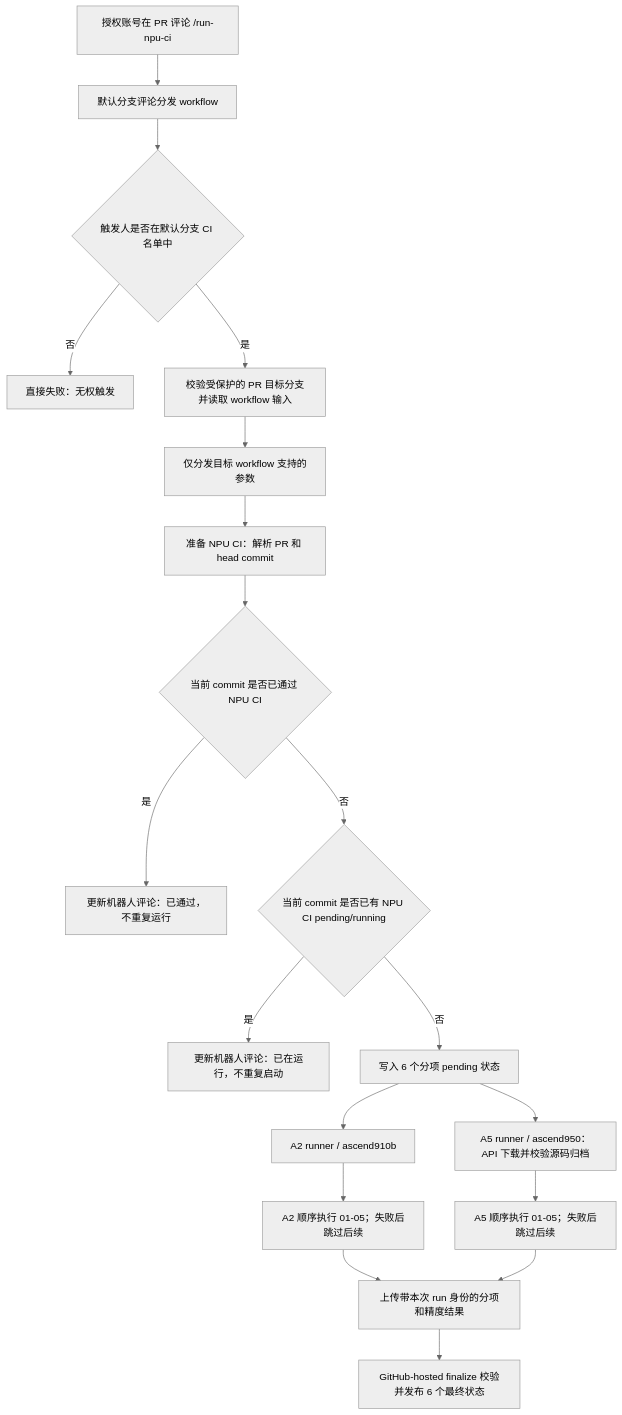
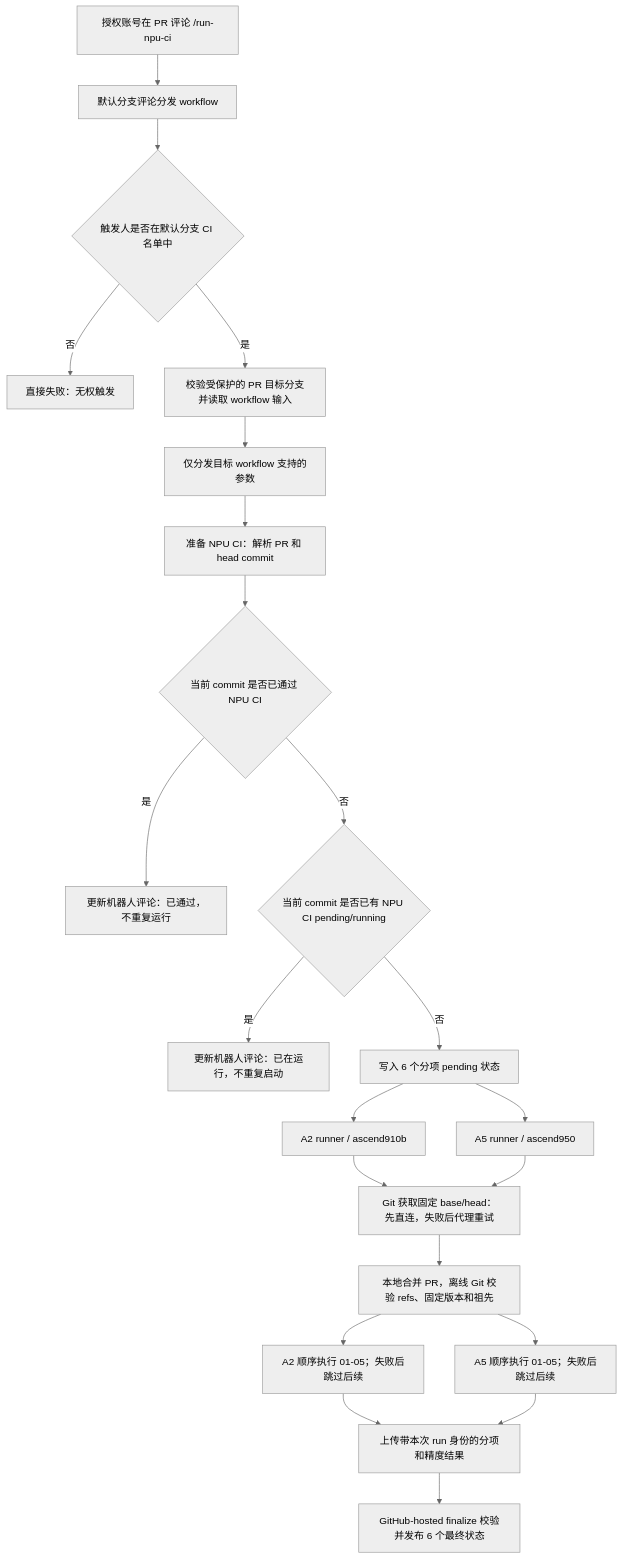
Before and after one commit to flashserve/flash-linear-attention-npu: the second of 4 diagrams in docs/Fla-npu仓CI部署教程.md, drawn with Mermaid (neutral theme). The commit also changed other lines of this file and 7 other files, not shown here.

````diff
--- a/docs/Fla-npu仓CI部署教程.md
+++ b/docs/Fla-npu仓CI部署教程.md
@@ -103,21 +99,24 @@
 ```mermaid
 flowchart TD
     A["授权账号在 PR 评论 /run-npu-ci"] --> B["默认分支评论分发 workflow"]
     B --> C{"触发人是否在默认分支 CI 名单中"}
     C -- "否" --> D["直接失败：无权触发"]
     C -- "是" --> E["校验受保护的 PR 目标分支并读取 workflow 输入"]
     E --> F["仅分发目标 workflow 支持的参数"]
     F --> G["准备 NPU CI：解析 PR 和 head commit"]
     G --> H{"当前 commit 是否已通过 NPU CI"}
     H -- "是" --> I["更新机器人评论：已通过，不重复运行"]
     H -- "否" --> J{"当前 commit 是否已有 NPU CI pending/running"}
     J -- "是" --> K["更新机器人评论：已在运行，不重复启动"]
     J -- "否" --> L["写入 6 个分项 pending 状态"]
     L --> M["A2 runner / ascend910b"]
-    L --> N["A5 runner / ascend950：API 下载并校验源码归档"]
-    M --> O["A2 顺序执行 01-05；失败后跳过后续"]
-    N --> P["A5 顺序执行 01-05；失败后跳过后续"]
+    L --> N["A5 runner / ascend950"]
+    M --> S["Git 获取固定 base/head：先直连，失败后代理重试"]
+    N --> S
+    S --> T["本地合并 PR，离线 Git 校验 refs、固定版本和祖先"]
+    T --> O["A2 顺序执行 01-05；失败后跳过后续"]
+    T --> P["A5 顺序执行 01-05；失败后跳过后续"]
     O --> Q["上传带本次 run 身份的分项和精度结果"]
     P --> Q
     Q --> R["GitHub-hosted finalize 校验并发布 6 个最终状态"]
 ```
````
